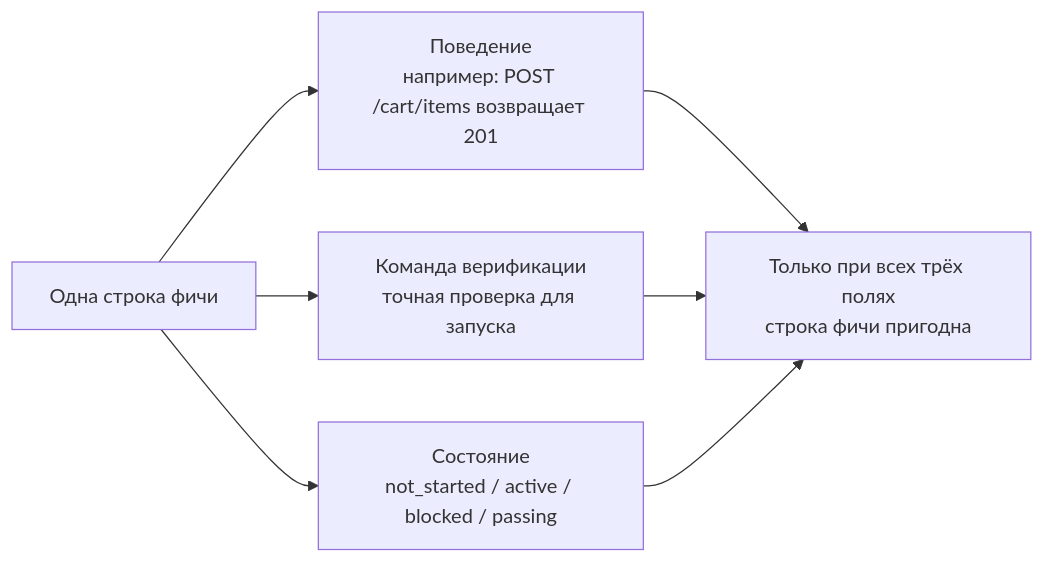
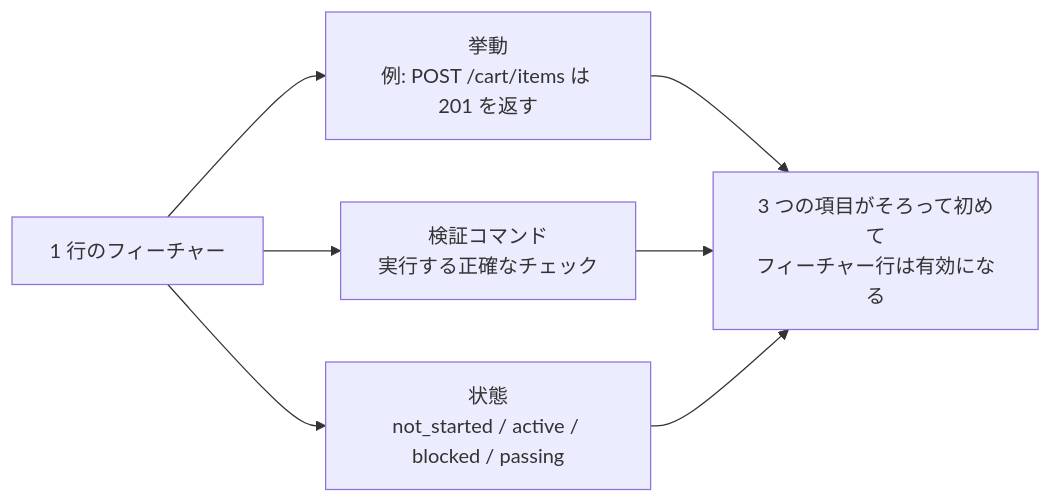
One commit to mkusaka/learn-harness-engineering changed the first of 2 diagrams in docs/ru/lectures/lecture-08-why-feature-lists-are-harness-primitives/index.md. Above: the diagram before and after it, drawn with Mermaid. The commit also changed other lines of this file and 571 other files, not shown here.

````diff
--- a/docs/ru/lectures/lecture-08-why-feature-lists-are-harness-primitives/index.md
+++ b/docs/ru/lectures/lecture-08-why-feature-lists-are-harness-primitives/index.md
@@ -29,10 +29,10 @@
 ```mermaid
 flowchart LR
-    Feature["Одна строка фичи"] --> Behavior["Поведение<br/>например: POST /cart/items возвращает 201"]
-    Feature --> Check["Команда верификации<br/>точная проверка для запуска"]
-    Feature --> State["Состояние<br/>not_started / active / blocked / passing"]
+    Feature["1 行のフィーチャー"] --> Behavior["挙動<br/>例: POST /cart/items は 201 を返す"]
+    Feature --> Check["検証コマンド<br/>実行する正確なチェック"]
+    Feature --> State["状態<br/>not_started / active / blocked / passing"]
 
-    Behavior --> Complete["Только при всех трёх полях<br/>строка фичи пригодна"]
+    Behavior --> Complete["3 つの項目がそろって初めて<br/>フィーチャー行は有効になる"]
     Check --> Complete
     State --> Complete
 ```
````
